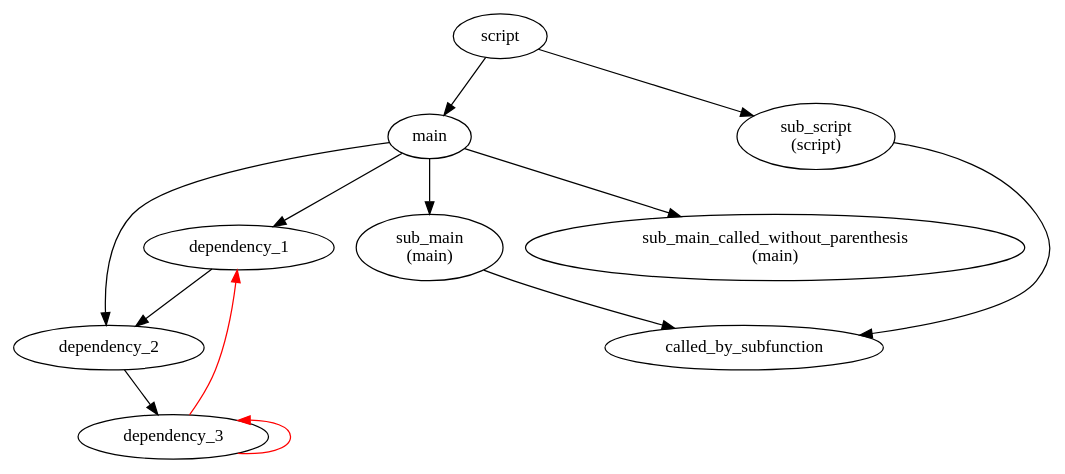
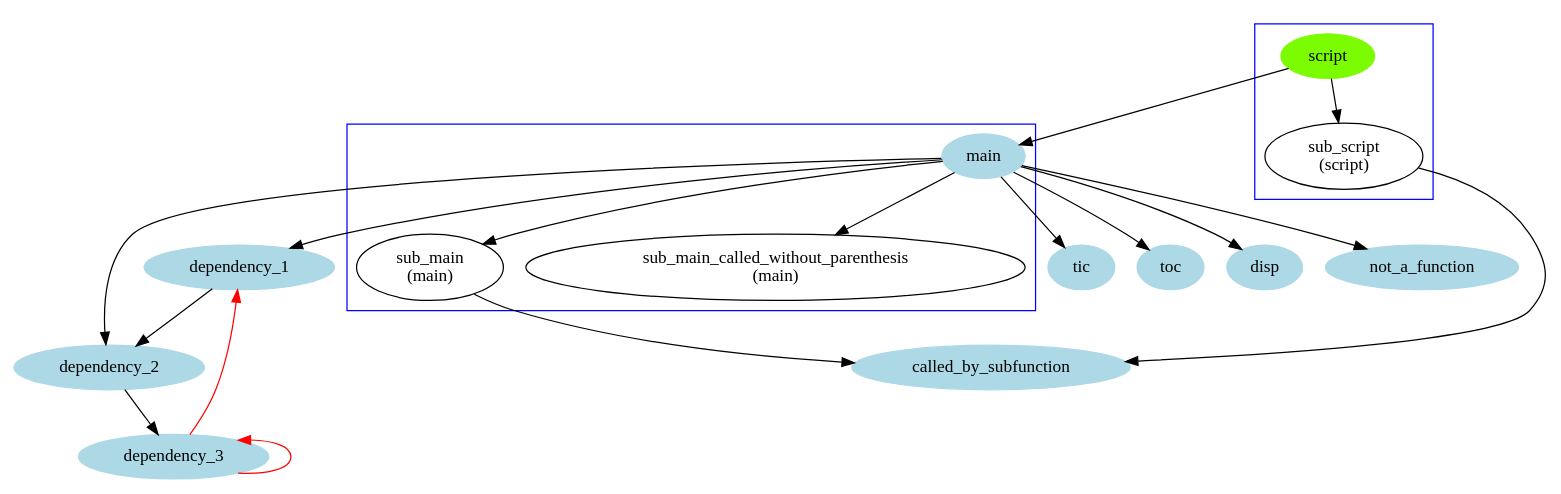
The diagram in test_functions/_expected_output.dot (KaeroDot/mDepGen), drawn with Graphviz before and after one commit. The commit also changed 4 other files, not shown here.

Commit message:
add: testing script and function improved by diff and verbosity

```diff
--- a/test_functions/_expected_output.dot
+++ b/test_functions/_expected_output.dot
@@ -1,16 +1,45 @@
 /* Generated by mDepGen */
 digraph dep {
 node [shape = oval];
+/* start of shape definitions */
+"script" [color=lawngreen, style=filled];
+"main" [color=lightblue, style=filled];
+"dependency_1" [color=lightblue, style=filled];
+"dependency_2" [color=lightblue, style=filled];
+"dependency_3" [color=lightblue, style=filled];
+"called_by_subfunction" [color=lightblue, style=filled];
+"tic" [color=lightblue, style=filled];
+"toc" [color=lightblue, style=filled];
+"disp" [color=lightblue, style=filled];
+"not_a_function" [color=lightblue, style=filled];
+/* end of shape definitions */
+/* start of subgraph definitions */
+subgraph cluster005 {
+color=blue;
+    "main";
+    "sub_main\n (main)";
+    "sub_main_called_without_parenthesis\n (main)";
+}
+subgraph cluster006 {
+color=blue;
+    "script";
+    "sub_script\n (script)";
+}
+/* end of subgraph definitions */
 "script" -> "main" ;
 "main" -> "dependency_1" ;
 "dependency_1" -> "dependency_2" ;
 "dependency_2" -> "dependency_3" ;
 "dependency_3" -> "dependency_1"  [color=red];
 "dependency_3" -> "dependency_3"  [color=red dir=back];
 "main" -> "dependency_2" ;
 "main" -> "sub_main\n (main)" ;
 "sub_main\n (main)" -> "called_by_subfunction" ;
 "main" -> "sub_main_called_without_parenthesis\n (main)" ;
+"main" -> "tic" ;
+"main" -> "toc" ;
+"main" -> "disp" ;
+"main" -> "not_a_function" ;
 "script" -> "sub_script\n (script)" ;
 "sub_script\n (script)" -> "called_by_subfunction" ;
 }
```
